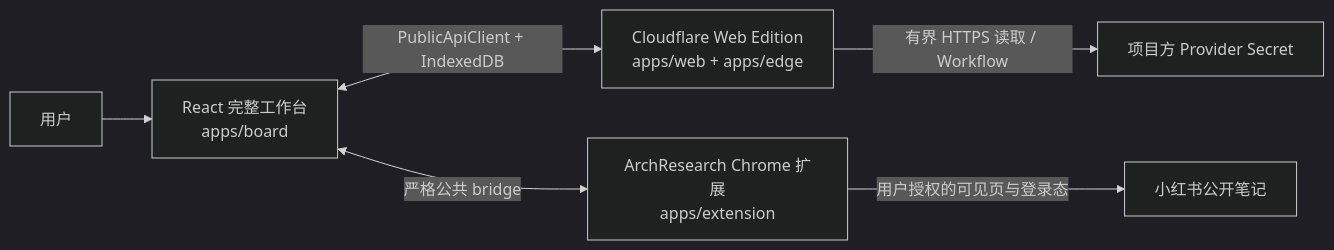
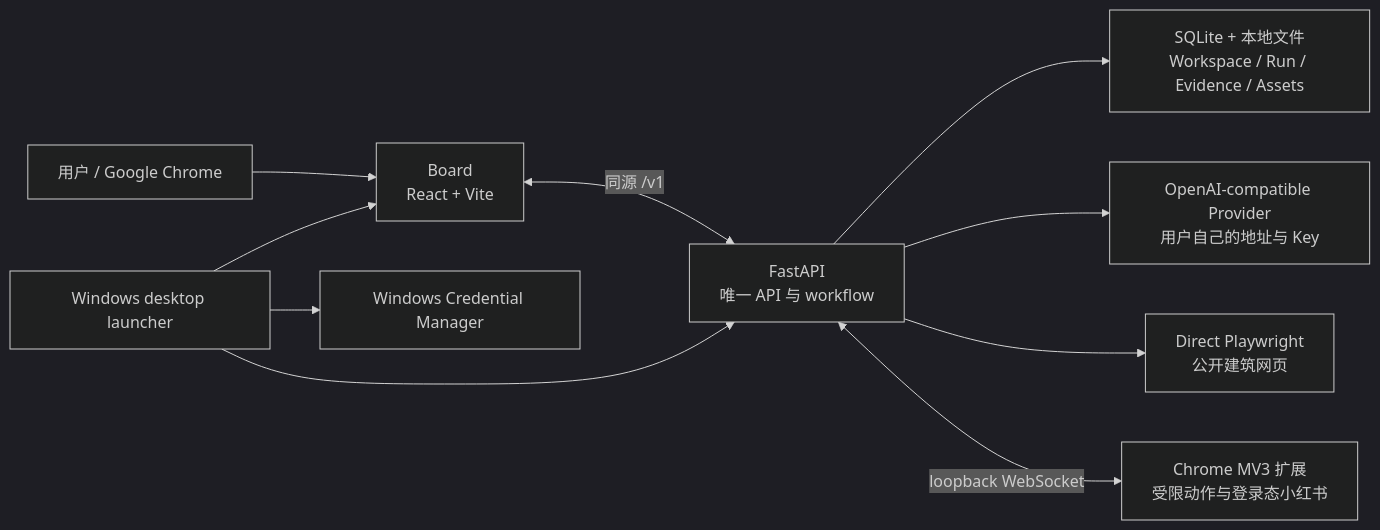
The first of 2 diagrams in docs/architecture.md (jileyu2000/archresearch), drawn with Mermaid (dark theme) before and after one commit. The commit also changed other lines of this file and 116 other files, not shown here.

First line of the commit message:
ArchResearch 本地版 v2.2.2

````diff
--- a/docs/architecture.md
+++ b/docs/architecture.md
@@ -13,8 +11,12 @@
 ```mermaid
 flowchart LR
-    U["用户"] --> B["React 完整工作台<br/>apps/board"]
-    B <-->|"PublicApiClient + IndexedDB"| W["Cloudflare Web Edition<br/>apps/web + apps/edge"]
-    W -->|"有界 HTTPS 读取 / Workflow"| O["项目方 Provider Secret"]
-    B <-->|"严格公共 bridge"| E["ArchResearch Chrome 扩展<br/>apps/extension"]
-    E -->|"用户授权的可见页与登录态"| X["小红书公开笔记"]
+    U["用户 / Google Chrome"] --> B["Board<br/>React + Vite"]
+    B <-->|"同源 /v1"| A["FastAPI<br/>唯一 API 与 workflow"]
+    A --> DB["SQLite + 本地文件<br/>Workspace / Run / Evidence / Assets"]
+    A --> P["OpenAI-compatible Provider<br/>用户自己的地址与 Key"]
+    A --> R["Direct Playwright<br/>公开建筑网页"]
+    A <-->|"loopback WebSocket"| X["Chrome MV3 扩展<br/>受限动作与登录态小红书"]
+    D["Windows desktop launcher"] --> A
+    D --> B
+    D --> C["Windows Credential Manager"]
 ```
````
